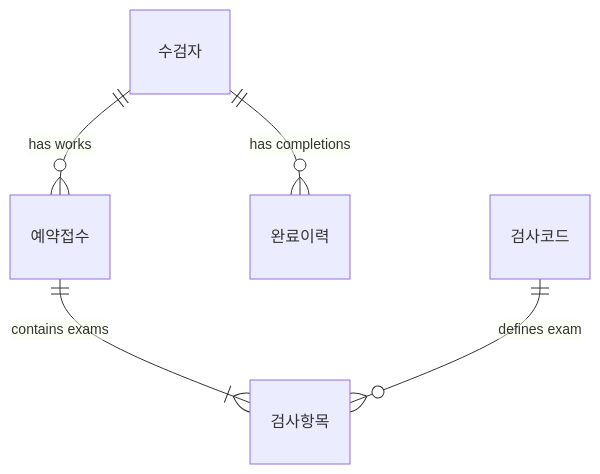
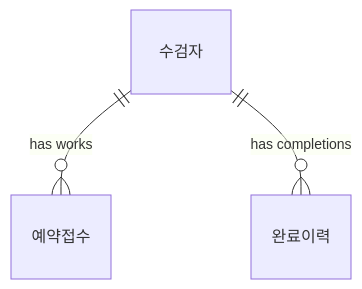
Before and after one commit to wotjr1649/HealthCheckupReservationReception: the first of 2 diagrams in docs/baseline/04_DB_Design.md, drawn with Mermaid. The commit also changed other lines of this file and 14 other files, not shown here.

````diff
--- a/docs/baseline/04_DB_Design.md
+++ b/docs/baseline/04_DB_Design.md
@@ -726,8 +723,6 @@
 ```mermaid
 erDiagram
     수검자 ||--o{ 예약접수 : "has works"
     수검자 ||--o{ 완료이력 : "has completions"
 
-    예약접수 ||--|{ 검사항목 : "contains exams"
-    검사코드 ||--o{ 검사항목 : "defines exam"
 ```
````
